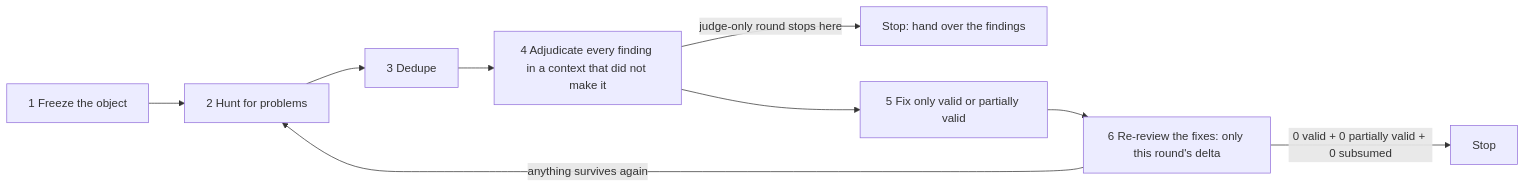
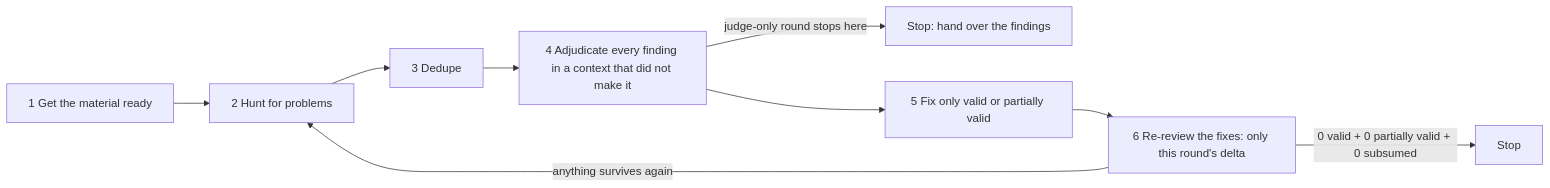
The diagram in skills/engineering/adversarial-review-loop/SKILL.md (CaffreySun/skills), drawn with Mermaid before and after one commit. The commit also changed other lines of this file and 8 other files, not shown here.

````diff
--- a/skills/engineering/adversarial-review-loop/SKILL.md
+++ b/skills/engineering/adversarial-review-loop/SKILL.md
@@ -44,11 +44,11 @@
 ```mermaid
 flowchart LR
-  A[1 Freeze the object] --> B[2 Hunt for problems]
+  A[1 Get the material ready] --> B[2 Hunt for problems]
   B --> C[3 Dedupe]
   C --> D[4 Adjudicate every finding in a context that did not make it]
   D -->|judge-only round stops here| H[Stop: hand over the findings]
   D --> E[5 Fix only valid or partially valid]
   E --> F[6 Re-review the fixes: only this round's delta]
   F -->|0 valid + 0 partially valid + 0 subsumed| G[Stop]
   F -->|anything survives again| B
 ```
````
